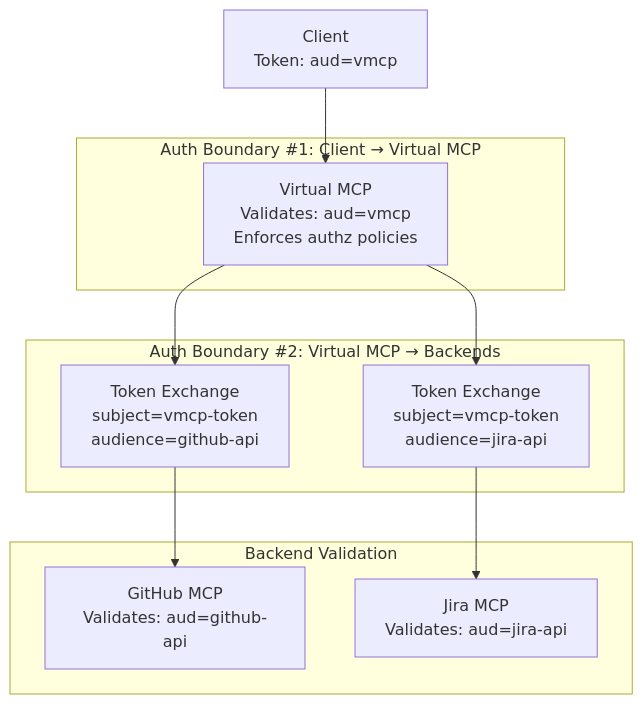
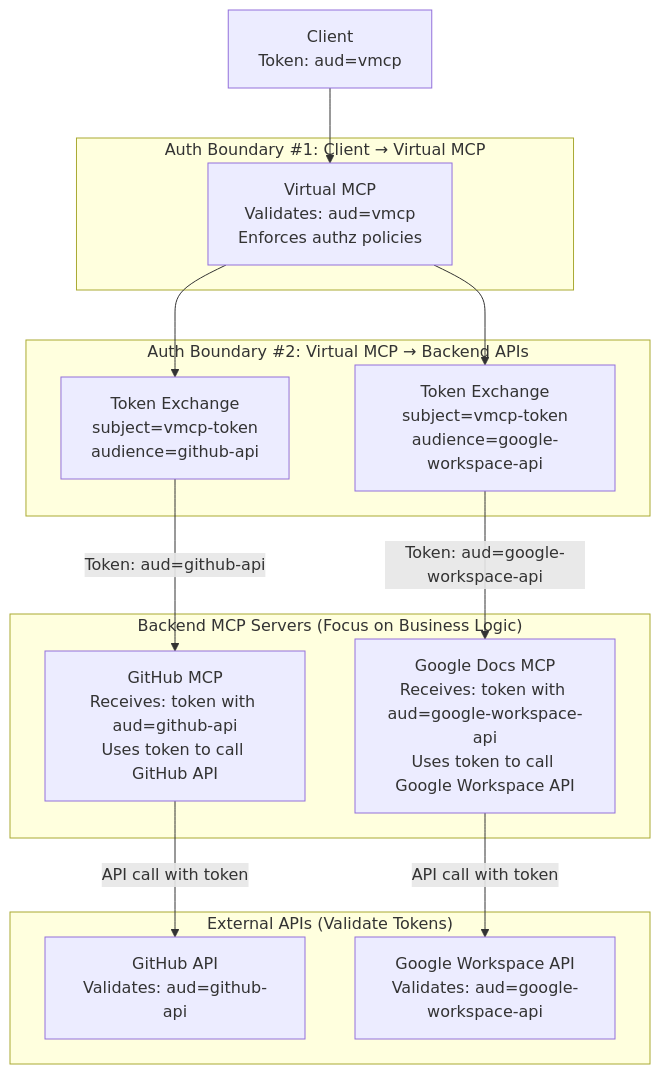
The second of 3 diagrams in docs/proposals/THV-2106-virtual-mcp-server.md (stacklok/toolhive), drawn with Mermaid before and after one commit. The commit also changed other lines of this file, not shown here.

First line of the commit message:
Clarify Virtual MCP authentication boundaries and token flow

````diff
--- a/docs/proposals/THV-2106-virtual-mcp-server.md
+++ b/docs/proposals/THV-2106-virtual-mcp-server.md
@@ -148,24 +155,31 @@
 ```mermaid
 graph TB
     Client[Client<br/>Token: aud=vmcp]
 
     subgraph "Auth Boundary #1: Client → Virtual MCP"
         VMCPAuth[Virtual MCP<br/>Validates: aud=vmcp<br/>Enforces authz policies]
     end
 
-    subgraph "Auth Boundary #2: Virtual MCP → Backends"
+    subgraph "Auth Boundary #2: Virtual MCP → Backend APIs"
         TokenEx1[Token Exchange<br/>subject=vmcp-token<br/>audience=github-api]
-        TokenEx2[Token Exchange<br/>subject=vmcp-token<br/>audience=jira-api]
+        TokenEx2[Token Exchange<br/>subject=vmcp-token<br/>audience=google-workspace-api]
     end
 
-    subgraph "Backend Validation"
-        GitHub[GitHub MCP<br/>Validates: aud=github-api]
-        Jira[Jira MCP<br/>Validates: aud=jira-api]
+    subgraph "Backend MCP Servers (Focus on Business Logic)"
+        GitHub[GitHub MCP<br/>Receives: token with aud=github-api<br/>Uses token to call GitHub API]
+        GDocs[Google Docs MCP<br/>Receives: token with aud=google-workspace-api<br/>Uses token to call Google Workspace API]
+    end
+
+    subgraph "External APIs (Validate Tokens)"
+        GitHubAPI[GitHub API<br/>Validates: aud=github-api]
+        GoogleAPI[Google Workspace API<br/>Validates: aud=google-workspace-api]
     end
 
     Client --> VMCPAuth
     VMCPAuth --> TokenEx1
     VMCPAuth --> TokenEx2
-    TokenEx1 --> GitHub
-    TokenEx2 --> Jira
+    TokenEx1 -->|Token: aud=github-api| GitHub
+    TokenEx2 -->|Token: aud=google-workspace-api| GDocs
+    GitHub -->|API call with token| GitHubAPI
+    GDocs -->|API call with token| GoogleAPI
 ```
````
